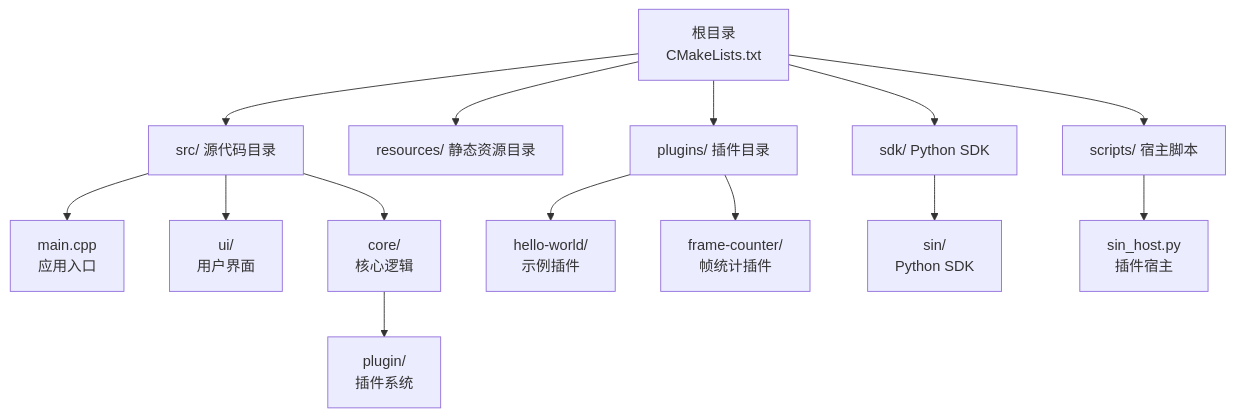
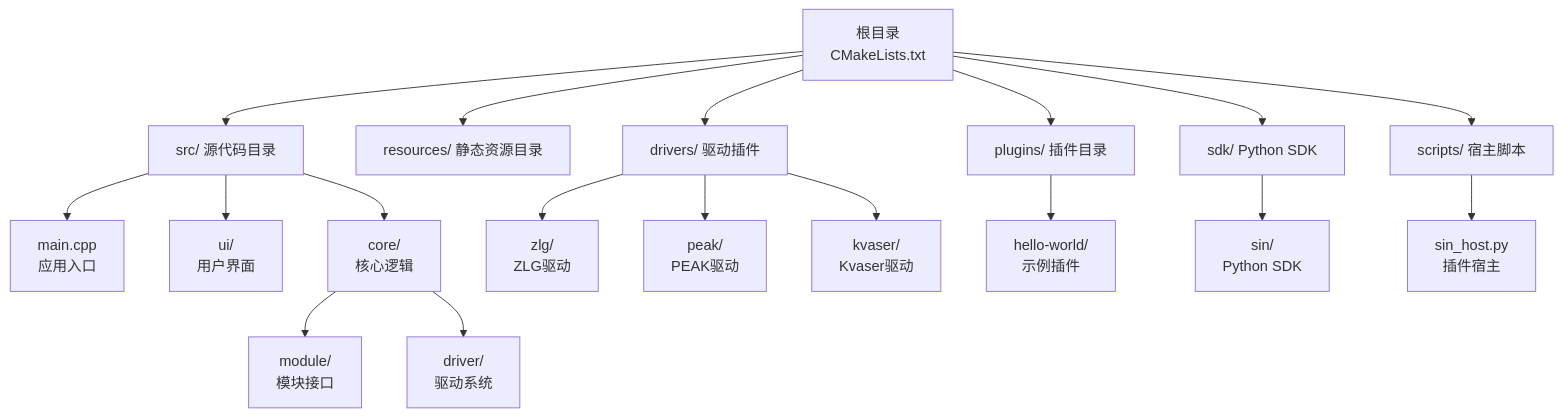
Before and after one commit to jakecai1225-design/OpenBus: the first of 4 diagrams in .qoder/repowiki/zh/content/项目概述/项目概述.md, drawn with Mermaid. The commit also changed other lines of this file and 177 other files, not shown here.

````diff
--- a/.qoder/repowiki/zh/content/项目概述/项目概述.md
+++ b/.qoder/repowiki/zh/content/项目概述/项目概述.md
@@ -53,16 +55,20 @@
 ```mermaid
 graph TB
 A["根目录<br/>CMakeLists.txt"] --> B["src/ 源代码目录"]
 A --> C["resources/ 静态资源目录"]
 A --> D["plugins/ 插件目录"]
 A --> E["sdk/ Python SDK"]
 A --> F["scripts/ 宿主脚本"]
-B --> G["main.cpp<br/>应用入口"]
-B --> H["ui/<br/>用户界面"]
-B --> I["core/<br/>核心逻辑"]
-I --> J["plugin/<br/>插件系统"]
-D --> K["hello-world/<br/>示例插件"]
-D --> L["frame-counter/<br/>帧统计插件"]
-E --> M["sin/<br/>Python SDK"]
-F --> N["sin_host.py<br/>插件宿主"]
+A --> G["drivers/ 驱动插件"]
+B --> H["main.cpp<br/>应用入口"]
+B --> I["ui/<br/>用户界面"]
+B --> J["core/<br/>核心逻辑"]
+J --> K["module/<br/>模块接口"]
+J --> L["driver/<br/>驱动系统"]
+G --> M["zlg/<br/>ZLG驱动"]
+G --> N["peak/<br/>PEAK驱动"]
+G --> O["kvaser/<br/>Kvaser驱动"]
+D --> P["hello-world/<br/>示例插件"]
+E --> Q["sin/<br/>Python SDK"]
+F --> R["sin_host.py<br/>插件宿主"]
 ```
````
